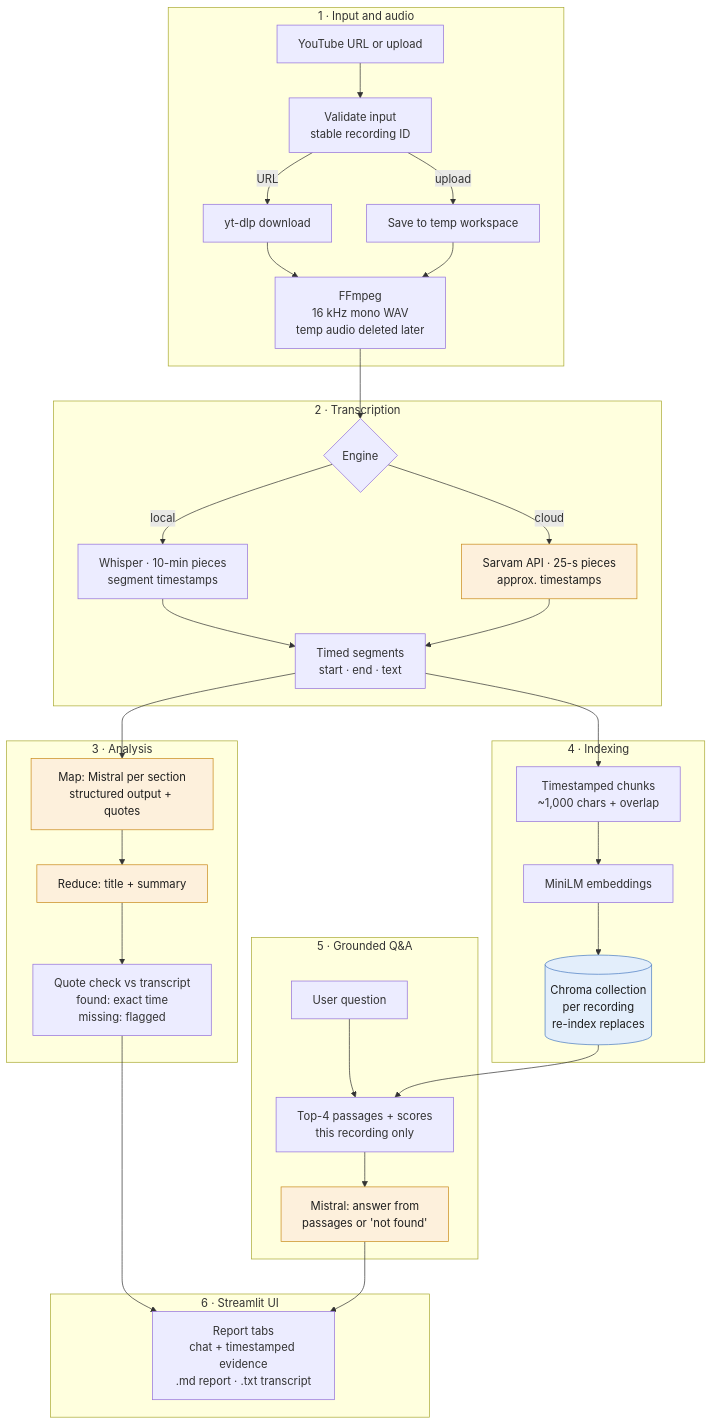
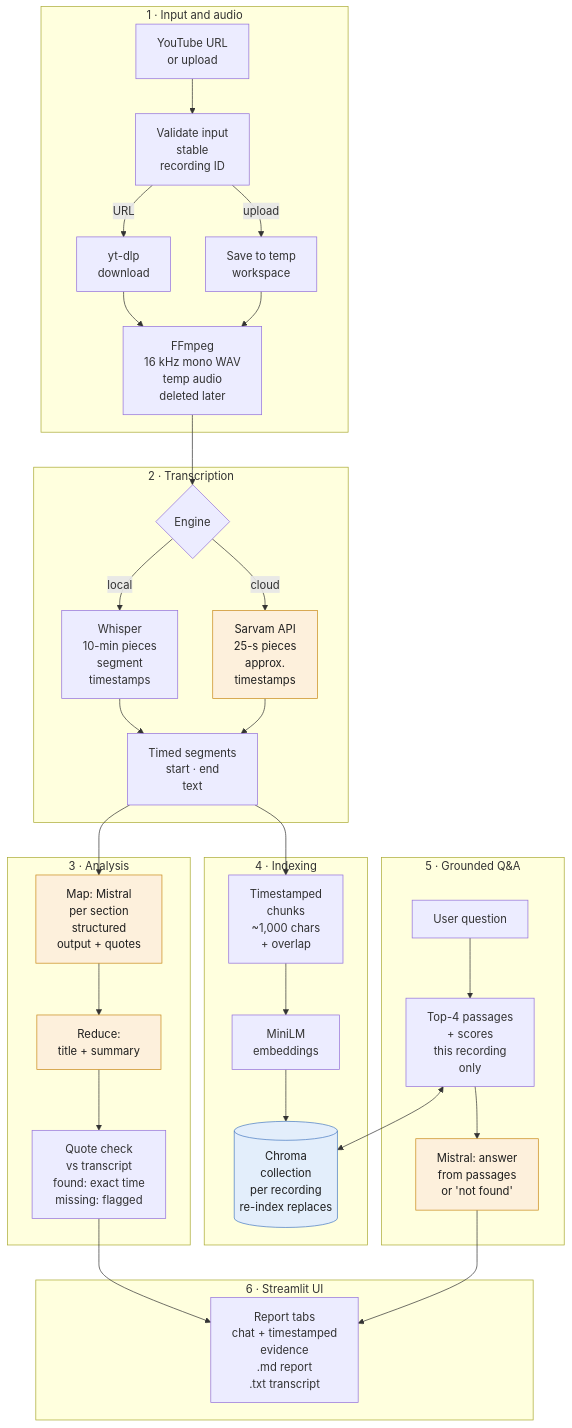
Before and after one commit to Prapti1234/intelligent-video-understanding-assistant: the diagram in README.md, drawn with Mermaid.

````diff
--- a/README.md
+++ b/README.md
@@ -36,52 +36,51 @@
 ```mermaid
 flowchart TB
     subgraph S1["1 · Input and audio"]
-        SRC["YouTube URL or upload"] --> VAL["Validate input<br/>stable recording ID"]
-        VAL -->|URL| YT["yt-dlp download"]
-        VAL -->|upload| UP["Save to temp workspace"]
-        YT --> FF["FFmpeg<br/>16 kHz mono WAV<br/>temp audio deleted later"]
+        SRC["YouTube URL<br/>or upload"] --> VAL["Validate input<br/>stable<br/>recording ID"]
+        VAL -->|URL| YT["yt-dlp<br/>download"]
+        VAL -->|upload| UP["Save to temp<br/>workspace"]
+        YT --> FF["FFmpeg<br/>16 kHz mono WAV<br/>temp audio<br/>deleted later"]
         UP --> FF
     end
 
     subgraph S2["2 · Transcription"]
         ENG{"Engine"}
-        ENG -->|local| WH["Whisper · 10-min pieces<br/>segment timestamps"]
-        ENG -->|cloud| SV["Sarvam API · 25-s pieces<br/>approx. timestamps"]
-        WH --> SEG["Timed segments<br/>start · end · text"]
+        ENG -->|local| WH["Whisper<br/>10-min pieces<br/>segment<br/>timestamps"]
+        ENG -->|cloud| SV["Sarvam API<br/>25-s pieces<br/>approx.<br/>timestamps"]
+        WH --> SEG["Timed segments<br/>start · end<br/>text"]
         SV --> SEG
     end
 
     FF --> ENG
 
     subgraph S3["3 · Analysis"]
-        MAP["Map: Mistral per section<br/>structured output + quotes"] --> RED["Reduce: title + summary"]
-        RED --> QC["Quote check vs transcript<br/>found: exact time<br/>missing: flagged"]
+        MAP["Map: Mistral<br/>per section<br/>structured<br/>output + quotes"] --> RED["Reduce:<br/>title + summary"]
+        RED --> QC["Quote check<br/>vs transcript<br/>found: exact time<br/>missing: flagged"]
     end
 
     subgraph S4["4 · Indexing"]
-        CH["Timestamped chunks<br/>~1,000 chars + overlap"] --> EMB["MiniLM embeddings"]
-        EMB --> DB[("Chroma collection<br/>per recording<br/>re-index replaces")]
+        CH["Timestamped<br/>chunks<br/>~1,000 chars<br/>+ overlap"] --> EMB["MiniLM<br/>embeddings"]
+        EMB --> DB[("Chroma<br/>collection<br/>per recording<br/>re-index replaces")]
+    end
+
+    subgraph S5["5 · Grounded Q&A"]
+        Q["User question"] --> RET["Top-4 passages<br/>+ scores<br/>this recording<br/>only"]
+        RET --> GEN["Mistral: answer<br/>from passages<br/>or 'not found'"]
     end
 
     SEG --> MAP
     SEG --> CH
+    RET <--> DB
 
-    subgraph S5["5 · Grounded Q&A"]
-        Q["User question"] --> RET["Top-4 passages + scores<br/>this recording only"]
-        RET --> GEN["Mistral: answer from<br/>passages or 'not found'"]
+    subgraph S6["6 · Streamlit UI"]
+        OUT["Report tabs<br/>chat + timestamped<br/>evidence<br/>.md report<br/>.txt transcript"]
     end
 
-    DB --> RET
-
-    subgraph S6["6 · Streamlit UI"]
-        OUT["Report tabs<br/>chat + timestamped evidence<br/>.md report · .txt transcript"]
-    end
-
-    QC ----> OUT
+    QC --> OUT
     GEN --> OUT
 
     classDef remote fill:#fdf0dc,stroke:#c98a1b,color:#1f1f1f
     classDef store fill:#e3eefb,stroke:#4a7cc2,color:#1f1f1f
     class SV,MAP,RED,GEN remote
     class DB store
 ```
````
